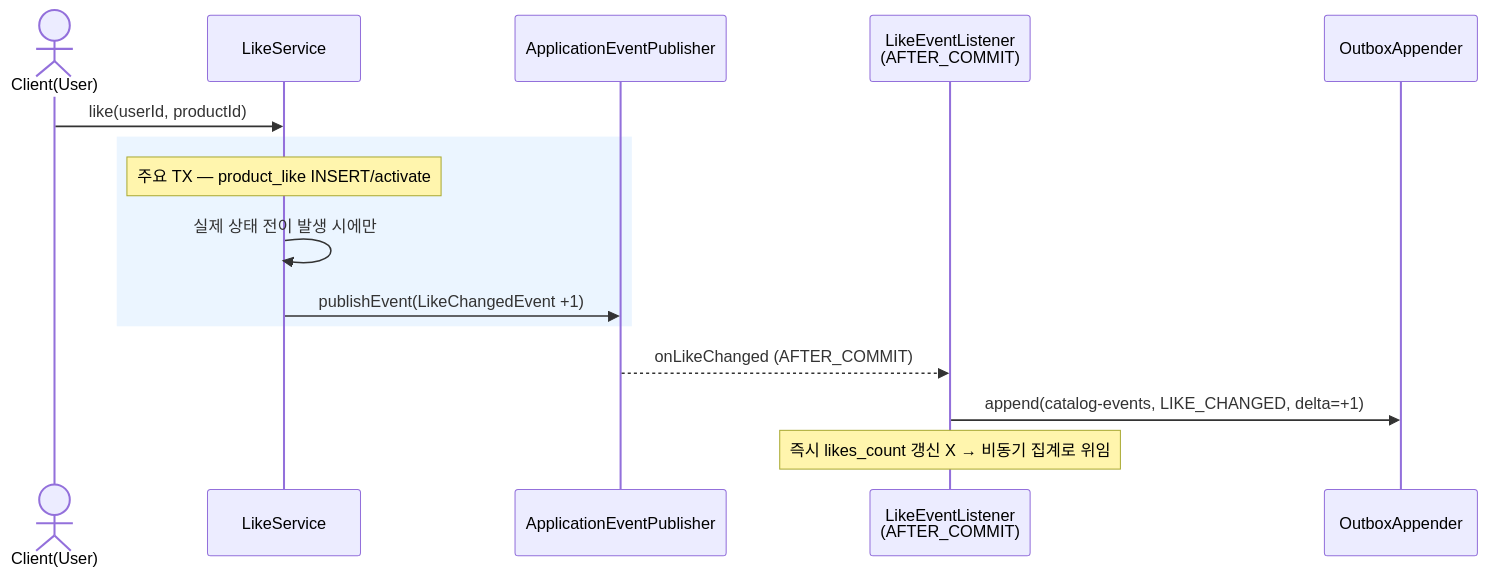
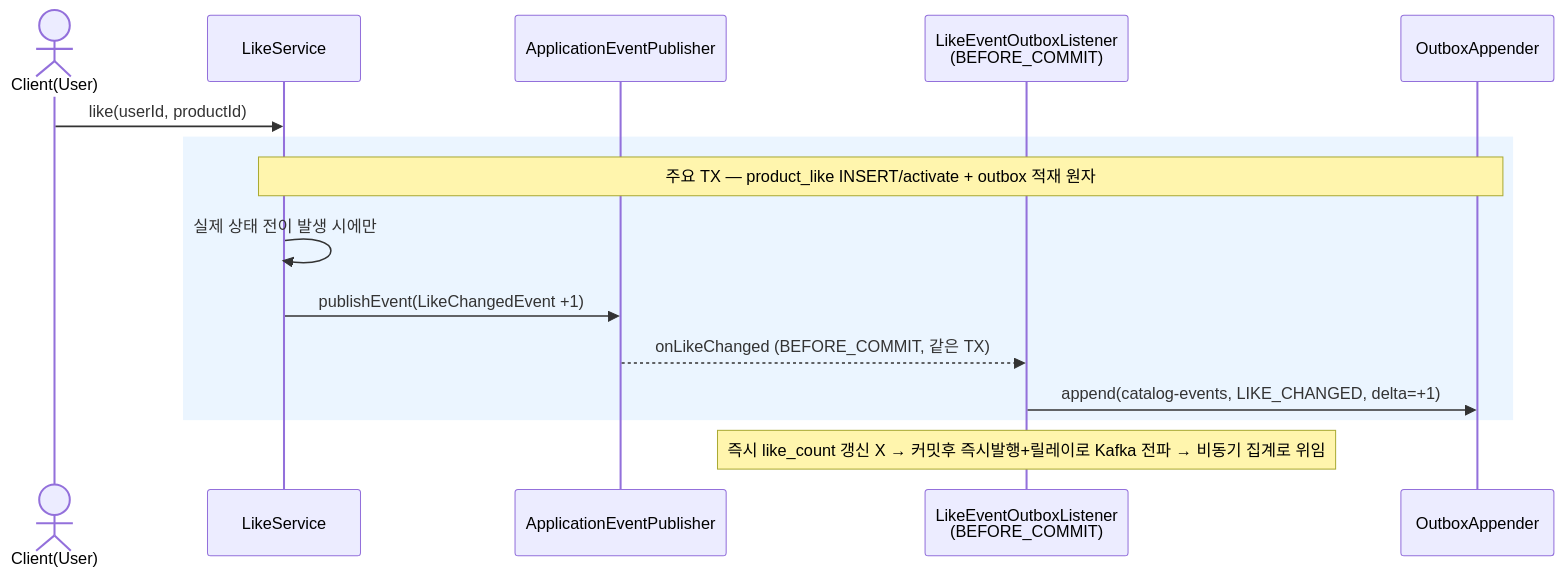
The second of 10 diagrams in docs/week7/02-sequence-diagrams.md (gamewithfriend/loop-pack-be-l2-vol4-java), drawn with Mermaid before and after one commit. The commit also changed other lines of this file and 1 other file, not shown here.

First line of the commit message:
docs(week7): 요구사항·시퀀스 다이어그램을 현재 구현에 동기화

````diff
--- a/docs/week7/02-sequence-diagrams.md
+++ b/docs/week7/02-sequence-diagrams.md
@@ -86,18 +86,18 @@
 ```mermaid
 sequenceDiagram
     actor U as Client(User)
     participant LSvc as LikeService
     participant Pub as ApplicationEventPublisher
-    participant LL as LikeEventListener<br/>(AFTER_COMMIT)
+    participant LL as LikeEventOutboxListener<br/>(BEFORE_COMMIT)
     participant Appender as OutboxAppender
 
     U->>LSvc: like(userId, productId)
     rect rgb(235,245,255)
-    note over LSvc: 주요 TX — product_like INSERT/activate
+    note over LSvc,Appender: 주요 TX — product_like INSERT/activate + outbox 적재 원자
     LSvc->>LSvc: 실제 상태 전이 발생 시에만
     LSvc->>Pub: publishEvent(LikeChangedEvent +1)
+    Pub-->>LL: onLikeChanged (BEFORE_COMMIT, 같은 TX)
+    LL->>Appender: append(catalog-events, LIKE_CHANGED, delta=+1)
     end
-    Pub-->>LL: onLikeChanged (AFTER_COMMIT)
-    LL->>Appender: append(catalog-events, LIKE_CHANGED, delta=+1)
-    note over LL: 즉시 likes_count 갱신 X → 비동기 집계로 위임
+    note over LL: 즉시 like_count 갱신 X → 커밋후 즉시발행+릴레이로 Kafka 전파 → 비동기 집계로 위임
 ```
````
